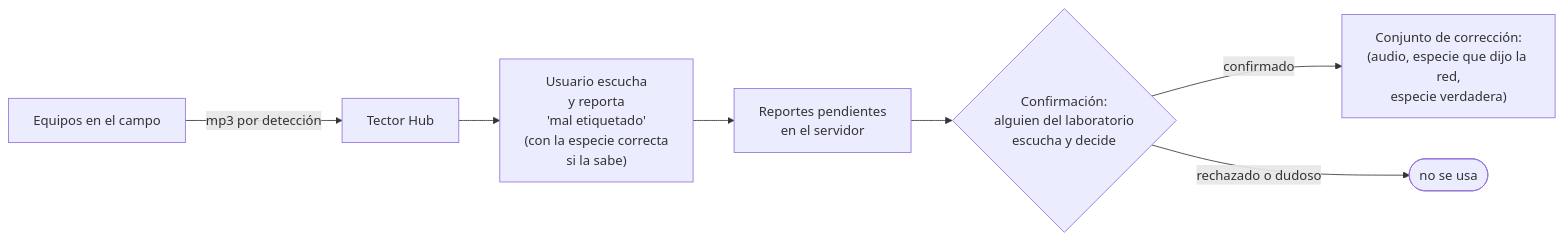
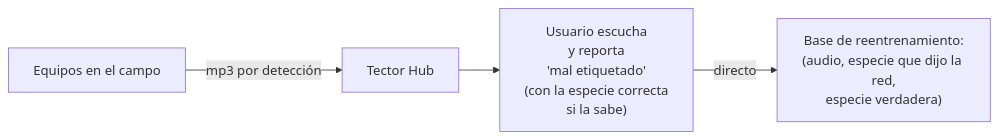
One commit to LSDArroyoGold/LSD-Tector-2-Software changed the second of 4 diagrams in 4_red/correccion_puntual.md. Above: the diagram before and after it, drawn with Mermaid. The commit also changed other lines of this file and 3 other files, not shown here.

Commit message:
Los reportes van directo a la base de reentrenamiento

````diff
--- a/4_red/correccion_puntual.md
+++ b/4_red/correccion_puntual.md
@@ -51,9 +51,6 @@
 ```mermaid
 flowchart LR
     EQ["Equipos en el campo"] -->|"mp3 por detección"| HUB["Tector Hub"]
     HUB --> US["Usuario escucha<br/>y reporta<br/>'mal etiquetado'<br/>(con la especie correcta<br/>si la sabe)"]
-    US --> COLA["Reportes pendientes<br/>en el servidor"]
-    COLA --> CONF{"Confirmación:<br/>alguien del laboratorio<br/>escucha y decide"}
-    CONF -->|"confirmado"| SET["Conjunto de corrección:<br/>(audio, especie que dijo la red,<br/>especie verdadera)"]
-    CONF -->|"rechazado o dudoso"| DESC(["no se usa"])
+    US -->|"directo"| SET["Base de reentrenamiento:<br/>(audio, especie que dijo la red,<br/>especie verdadera)"]
 ```
````
